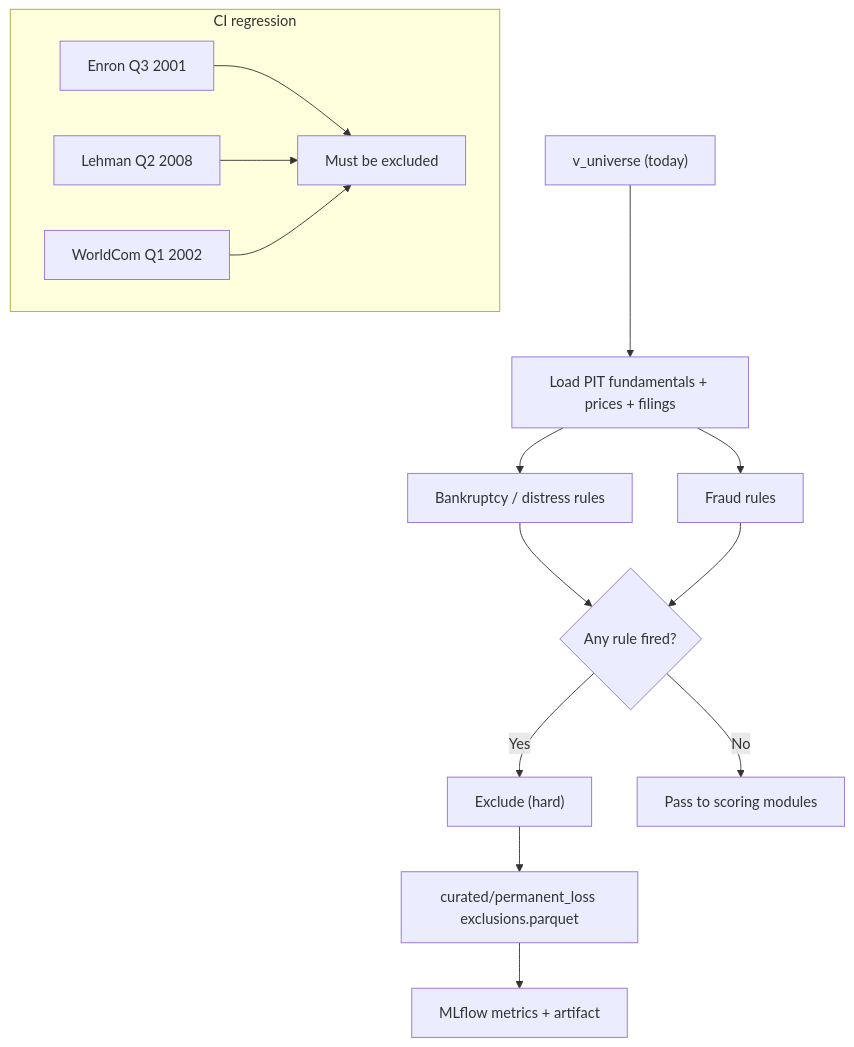
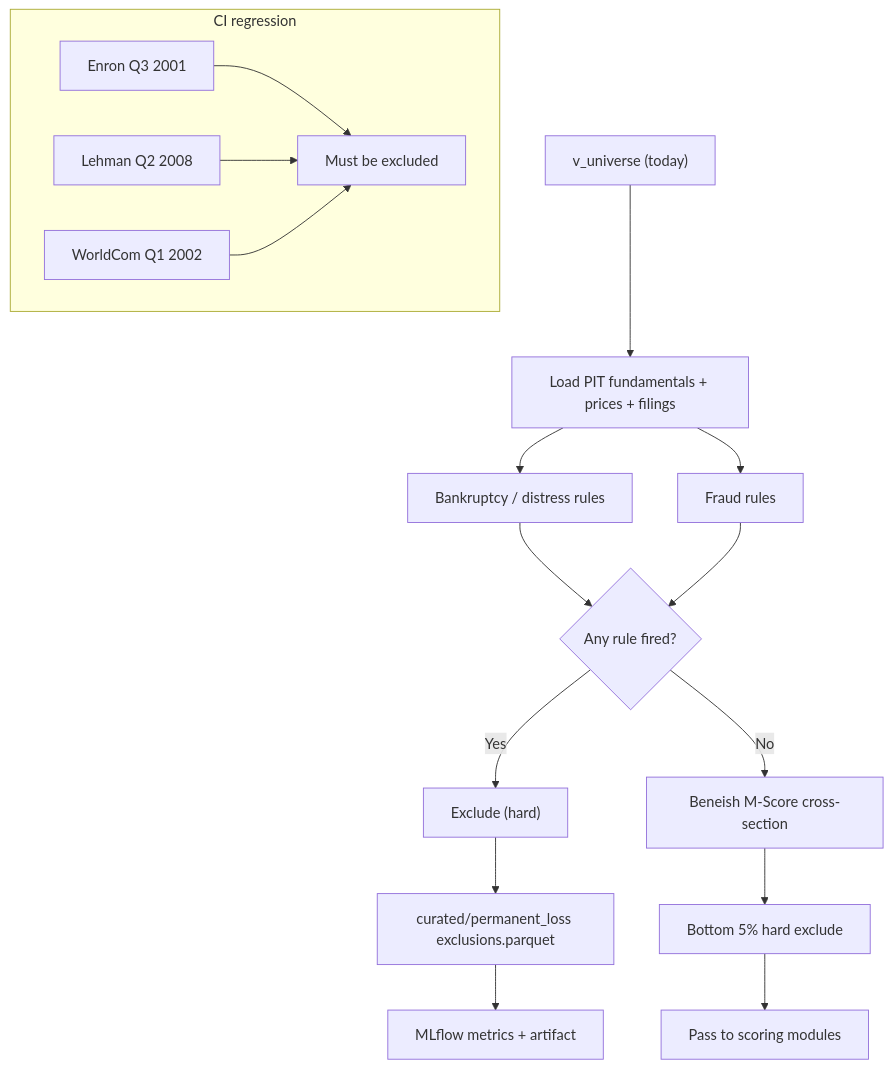
Before and after one commit to JLaborda/SmartWealthAI: the diagram in spec/features/008-permanent-loss-filter/spec.md, drawn with Mermaid. The commit also changed other lines of this file and 18 other files, not shown here.

````diff
--- a/spec/features/008-permanent-loss-filter/spec.md
+++ b/spec/features/008-permanent-loss-filter/spec.md
@@ -76,21 +108,23 @@
 ```mermaid
 flowchart TD
     Universe["v_universe (today)"] --> Loader["Load PIT fundamentals + prices + filings"]
     Loader --> Bankruptcy["Bankruptcy / distress rules"]
     Loader --> Fraud["Fraud rules"]
 
     Bankruptcy --> Decision{"Any rule fired?"}
     Fraud --> Decision
 
     Decision -->|Yes| Exclude["Exclude (hard)"]
-    Decision -->|No| Pass["Pass to scoring modules"]
+    Decision -->|No| Beneish["Beneish M-Score cross-section"]
+    Beneish --> Gate["Bottom 5% hard exclude"]
+    Gate --> Pass["Pass to scoring modules"]
 
     Exclude --> Output["curated/permanent_loss exclusions.parquet"]
     Output --> MLflow["MLflow metrics + artifact"]
 
     subgraph Tests["CI regression"]
         Enron["Enron Q3 2001"] --> RegTest["Must be excluded"]
         Lehman["Lehman Q2 2008"] --> RegTest
         WorldCom["WorldCom Q1 2002"] --> RegTest
     end
 ```
````
